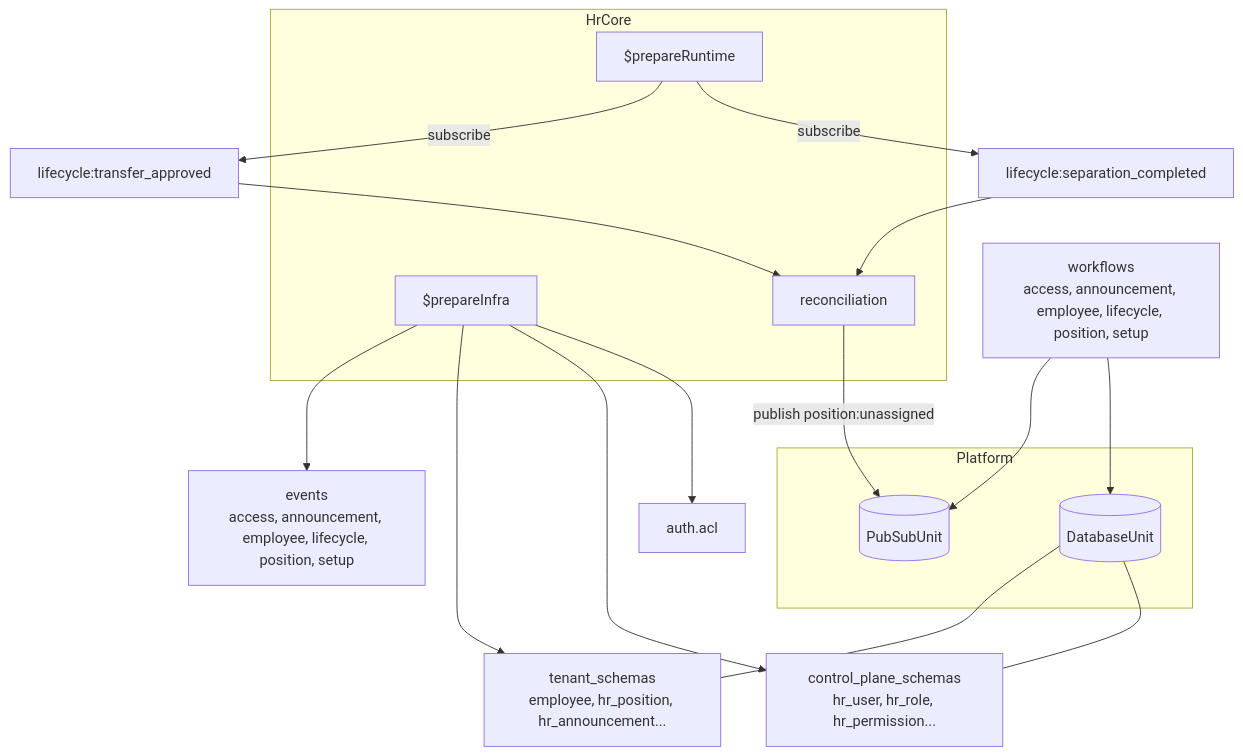
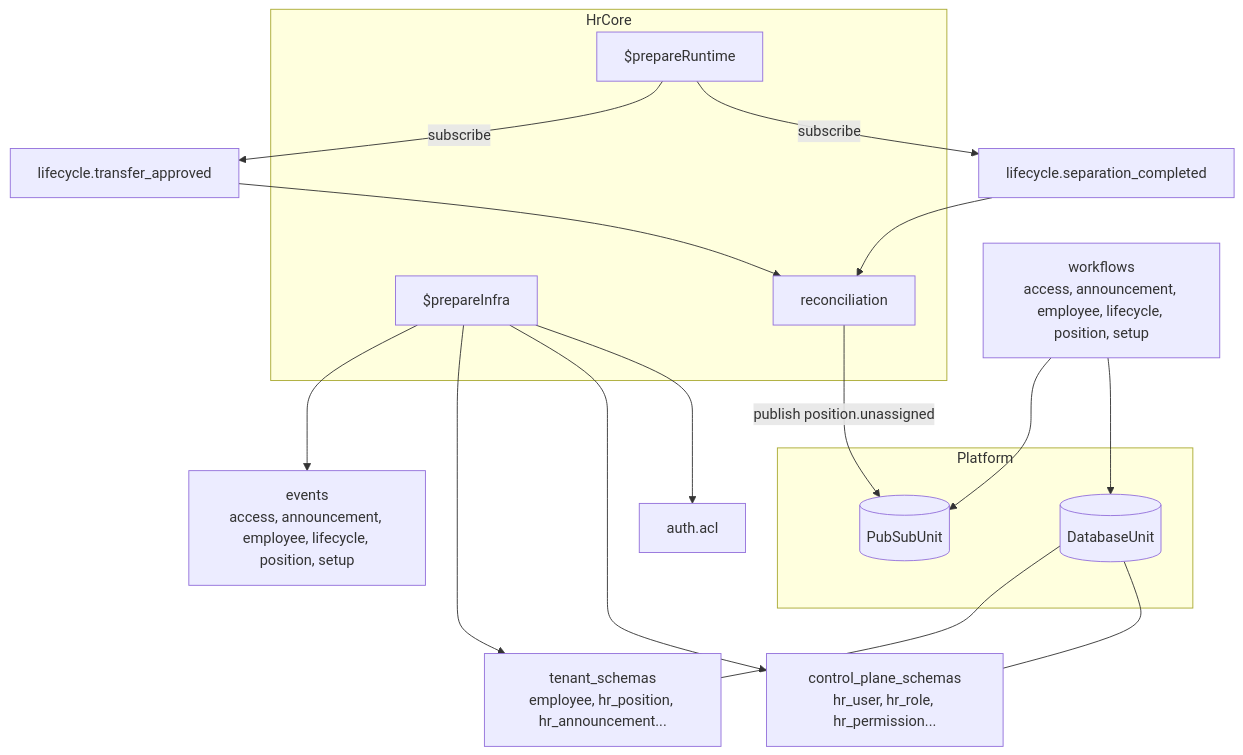
The first of 2 diagrams in packages/hr-core/docs/overview.mdx (AdityaBorkar/aspen-os), drawn with Mermaid before and after one commit. The commit also changed other lines of this file and 107 other files, not shown here.

````diff
--- a/packages/hr-core/docs/overview.mdx
+++ b/packages/hr-core/docs/overview.mdx
@@ -40,29 +40,29 @@
 ```mermaid
 flowchart TB
   subgraph platform[Platform]
     DB[(DatabaseUnit)]
     PS[(PubSubUnit)]
   end
 
   subgraph hrCore[HrCore]
     PI[$prepareInfra]
     PR[$prepareRuntime]
     RC[reconciliation]
   end
 
   PI --> ACL[auth.acl]
   PI --> CP[control_plane_schemas\nhr_user, hr_role, hr_permission...]
   PI --> TS[tenant_schemas\nemployee, hr_position, hr_announcement...]
   PI --> EV[events\naccess, announcement, employee, lifecycle, position, setup]
 
-  PR -->|subscribe| LC_SEP[lifecycle:separation_completed]
-  PR -->|subscribe| LC_TR[lifecycle:transfer_approved]
-  LC_SEP --> RC -->|publish position:unassigned| PS
+  PR -->|subscribe| LC_SEP[lifecycle.separation_completed]
+  PR -->|subscribe| LC_TR[lifecycle.transfer_approved]
+  LC_SEP --> RC -->|publish position.unassigned| PS
   LC_TR --> RC
 
   HR_CORE_WORKFLOWS[workflows\naccess, announcement, employee, lifecycle, position, setup] --> DB
   HR_CORE_WORKFLOWS --> PS
 
   DB --- CP
   DB --- TS
 ```
````
